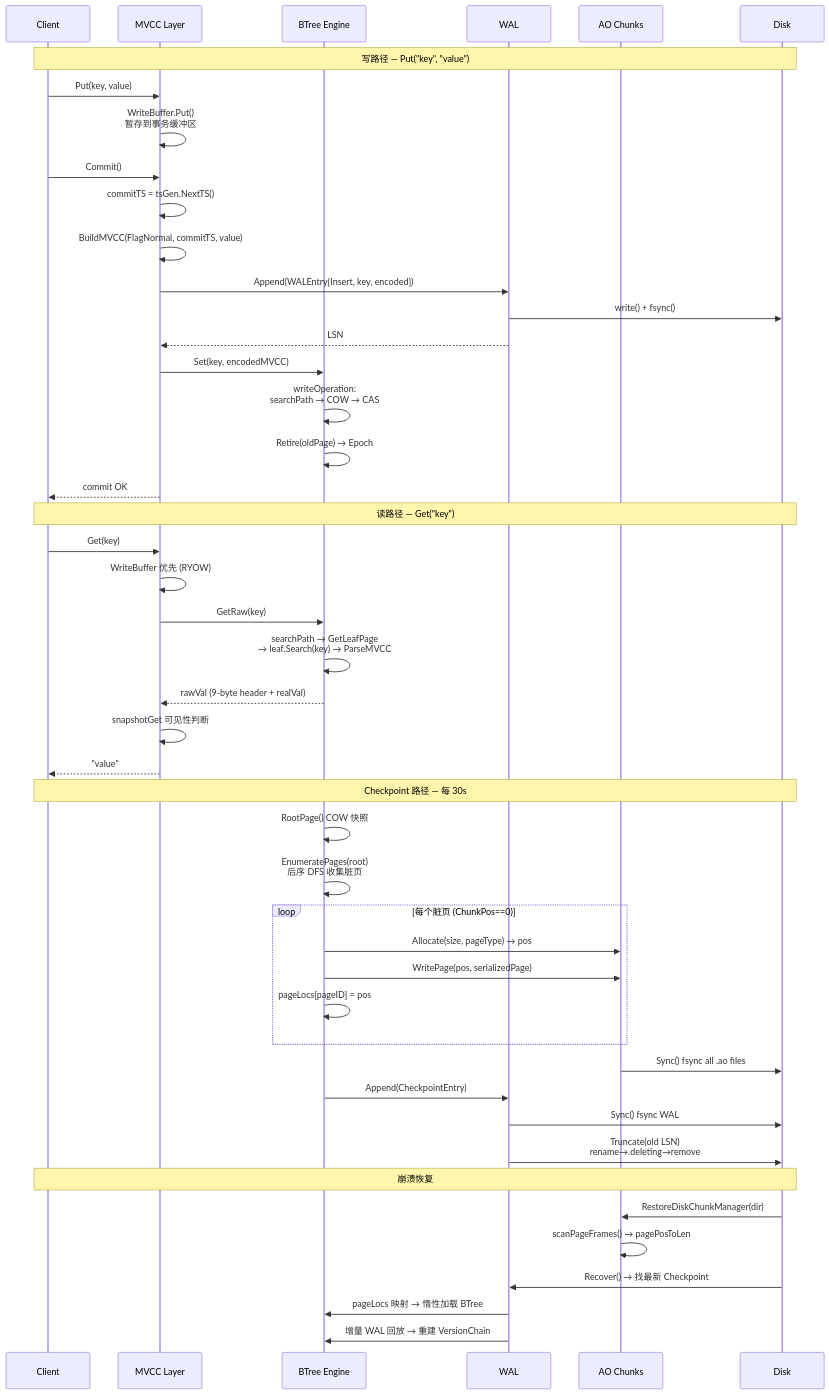
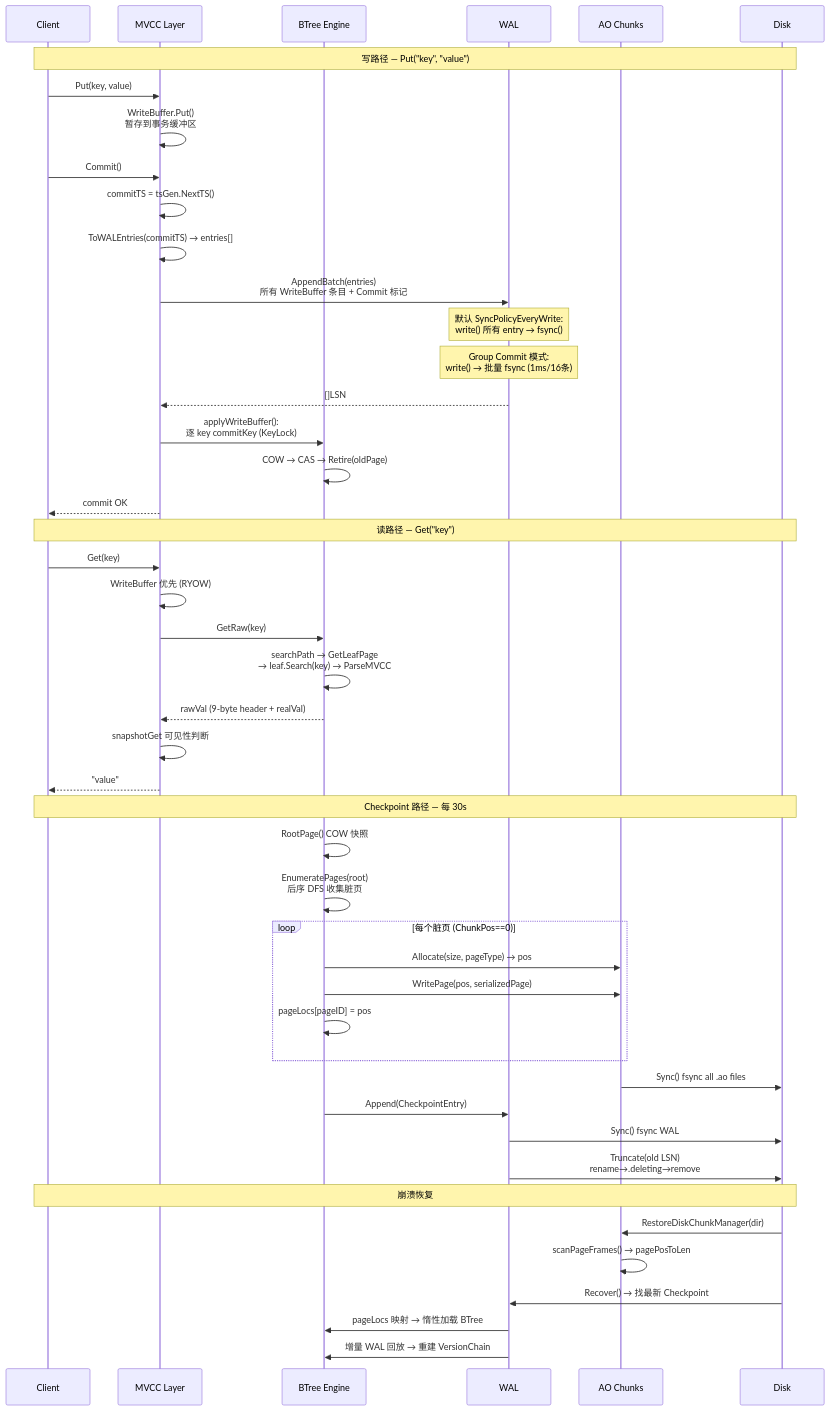
The second of 40 diagrams in docs/07_spike/btree-refactor/2026-05-23-persistence-architecture-comprehensive-guide.md (jzhang405/NexKV), drawn with Mermaid before and after one commit. The commit also changed other lines of this file, not shown here.

````diff
--- a/docs/07_spike/btree-refactor/2026-05-23-persistence-architecture-comprehensive-guide.md
+++ b/docs/07_spike/btree-refactor/2026-05-23-persistence-architecture-comprehensive-guide.md
@@ -58,56 +58,56 @@
 ```mermaid
 sequenceDiagram
     participant C as Client
     participant MV as MVCC Layer
     participant BT as BTree Engine
     participant WA as WAL
     participant AO as AO Chunks
     participant DK as Disk
 
     Note over C,DK: 写路径 — Put("key", "value")
 
     C->>MV: Put(key, value)
     MV->>MV: WriteBuffer.Put()<br/>暂存到事务缓冲区
     C->>MV: Commit()
     MV->>MV: commitTS = tsGen.NextTS()
-    MV->>MV: BuildMVCC(FlagNormal, commitTS, value)
-    MV->>WA: Append(WALEntry{Insert, key, encoded})
-    WA->>DK: write() + fsync()
-    WA-->>MV: LSN
-    MV->>BT: Set(key, encodedMVCC)
-    BT->>BT: writeOperation:<br/>searchPath → COW → CAS
-    BT->>BT: Retire(oldPage) → Epoch
+    MV->>MV: ToWALEntries(commitTS) → entries[]
+    MV->>WA: AppendBatch(entries)<br/>所有 WriteBuffer 条目 + Commit 标记
+    Note over WA: 默认 SyncPolicyEveryWrite:<br/>write() 所有 entry → fsync()
+    Note over WA: Group Commit 模式:<br/>write() → 批量 fsync (1ms/16条)
+    WA-->>MV: []LSN
+    MV->>BT: applyWriteBuffer():<br/>逐 key commitKey (KeyLock)
+    BT->>BT: COW → CAS → Retire(oldPage)
     MV-->>C: commit OK
 
     Note over C,DK: 读路径 — Get("key")
 
     C->>MV: Get(key)
     MV->>MV: WriteBuffer 优先 (RYOW)
     MV->>BT: GetRaw(key)
     BT->>BT: searchPath → GetLeafPage<br/>→ leaf.Search(key) → ParseMVCC
     BT-->>MV: rawVal (9-byte header + realVal)
     MV->>MV: snapshotGet 可见性判断
     MV-->>C: "value"
 
     Note over C,DK: Checkpoint 路径 — 每 30s
 
     BT->>BT: RootPage() COW 快照
     BT->>BT: EnumeratePages(root)<br/>后序 DFS 收集脏页
     loop 每个脏页 (ChunkPos==0)
         BT->>AO: Allocate(size, pageType) → pos
         BT->>AO: WritePage(pos, serializedPage)
         BT->>BT: pageLocs[pageID] = pos
     end
     AO->>DK: Sync() fsync all .ao files
     BT->>WA: Append(CheckpointEntry)
     WA->>DK: Sync() fsync WAL
     WA->>DK: Truncate(old LSN)<br/>rename→.deleting→remove
     
     Note over C,DK: 崩溃恢复
 
     DK->>AO: RestoreDiskChunkManager(dir)
     AO->>AO: scanPageFrames() → pagePosToLen
     DK->>WA: Recover() → 找最新 Checkpoint
     WA->>BT: pageLocs 映射 → 惰性加载 BTree
     WA->>BT: 增量 WAL 回放 → 重建 VersionChain
 ```
````
